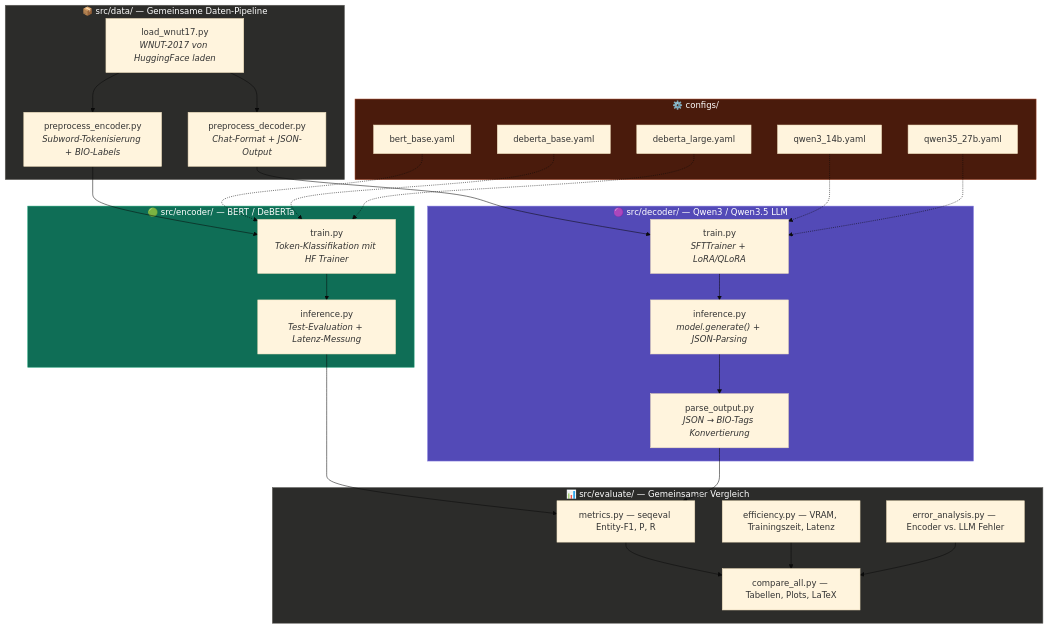
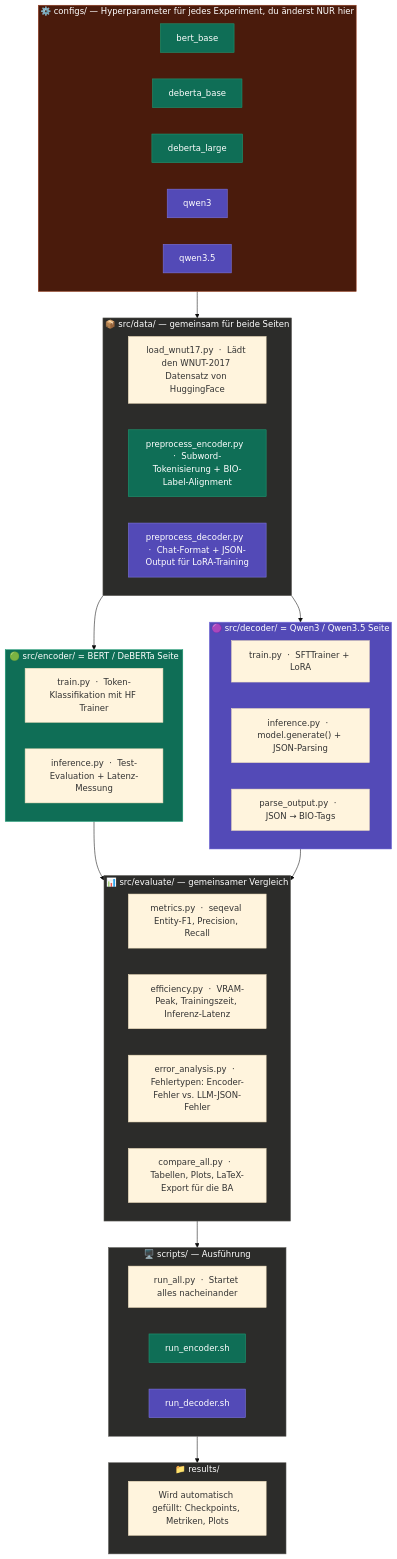
Before and after one commit to luajosman/bachelor-thesis-llm-vs-encoder-ner: the diagram in README.md, drawn with Mermaid (base theme).

Commit message:
readme changes - flow diagram

````diff
--- a/README.md
+++ b/README.md
@@ -11,59 +11,65 @@
 ```mermaid
 graph TD
-    subgraph configs["⚙️ configs/"]
-        C1["bert_base.yaml"]
-        C2["deberta_base.yaml"]
-        C3["deberta_large.yaml"]
-        C4["qwen3_14b.yaml"]
-        C5["qwen35_27b.yaml"]
+    subgraph configs["⚙️ configs/  —  Hyperparameter für jedes Experiment, du änderst NUR hier"]
+        direction LR
+        C1["bert_base"]:::enc
+        C2["deberta_base"]:::enc
+        C3["deberta_large"]:::enc
+        C4["qwen3"]:::dec
+        C5["qwen3.5"]:::dec
     end
 
-    subgraph data["📦 src/data/ — Gemeinsame Daten-Pipeline"]
-        D1["load_wnut17.py<br/><i>WNUT-2017 von HuggingFace laden</i>"]
-        D2["preprocess_encoder.py<br/><i>Subword-Tokenisierung + BIO-Labels</i>"]
-        D3["preprocess_decoder.py<br/><i>Chat-Format + JSON-Output</i>"]
+    subgraph data["📦 src/data/  —  gemeinsam für beide Seiten"]
+        D1["load_wnut17.py  ·  Lädt den WNUT-2017 Datensatz von HuggingFace"]
+        D2["preprocess_encoder.py  ·  Subword-Tokenisierung + BIO-Label-Alignment"]:::enc
+        D3["preprocess_decoder.py  ·  Chat-Format + JSON-Output für LoRA-Training"]:::dec
     end
 
-    subgraph encoder["🟢 src/encoder/ — BERT / DeBERTa"]
-        E1["train.py<br/><i>Token-Klassifikation mit HF Trainer</i>"]
-        E2["inference.py<br/><i>Test-Evaluation + Latenz-Messung</i>"]
+    subgraph encoder["🟢 src/encoder/  =  BERT / DeBERTa Seite"]
+        E1["train.py  ·  Token-Klassifikation mit HF Trainer"]
+        E2["inference.py  ·  Test-Evaluation + Latenz-Messung"]
     end
 
-    subgraph decoder["🟣 src/decoder/ — Qwen3 / Qwen3.5 LLM"]
-        L1["train.py<br/><i>SFTTrainer + LoRA/QLoRA</i>"]
-        L2["inference.py<br/><i>model.generate() + JSON-Parsing</i>"]
-        L3["parse_output.py<br/><i>JSON → BIO-Tags Konvertierung</i>"]
+    subgraph decoder["🟣 src/decoder/  =  Qwen3 / Qwen3.5 Seite"]
+        L1["train.py  ·  SFTTrainer + LoRA"]
+        L2["inference.py  ·  model.generate() + JSON-Parsing"]
+        L3["parse_output.py  ·  JSON → BIO-Tags"]
     end
 
-    subgraph evaluate["📊 src/evaluate/ — Gemeinsamer Vergleich"]
-        V1["metrics.py — seqeval Entity-F1, P, R"]
-        V2["efficiency.py — VRAM, Trainingszeit, Latenz"]
-        V3["error_analysis.py — Encoder vs. LLM Fehler"]
-        V4["compare_all.py — Tabellen, Plots, LaTeX"]
+    subgraph evaluate["📊 src/evaluate/  —  gemeinsamer Vergleich"]
+        V1["metrics.py  ·  seqeval Entity-F1, Precision, Recall"]
+        V2["efficiency.py  ·  VRAM-Peak, Trainingszeit, Inferenz-Latenz"]
+        V3["error_analysis.py  ·  Fehlertypen: Encoder-Fehler vs. LLM-JSON-Fehler"]
+        V4["compare_all.py  ·  Tabellen, Plots, LaTeX-Export für die BA"]
     end
 
-    D1 --> D2
-    D1 --> D3
-    D2 --> E1
-    E1 --> E2
-    D3 --> L1
-    L1 --> L2
-    L2 --> L3
-    E2 --> V1
-    L3 --> V1
-    V1 --> V4
-    V2 --> V4
-    V3 --> V4
+    subgraph scripts["🖥️ scripts/  —  Ausführung"]
+        direction LR
+        S1["run_all.py  ·  Startet alles nacheinander"]
+        S2["run_encoder.sh"]:::enc
+        S3["run_decoder.sh"]:::dec
+    end
 
-    C1 -.-> E1
-    C2 -.-> E1
-    C3 -.-> E1
-    C4 -.-> L1
-    C5 -.-> L1
+    subgraph results["📁 results/"]
+        R1["Wird automatisch gefüllt: Checkpoints, Metriken, Plots"]
+    end
 
+    configs --> data
+    data --> encoder
+    data --> decoder
+    encoder --> evaluate
+    decoder --> evaluate
+    evaluate --> scripts
+    scripts --> results
+
+    classDef enc fill:#0F6E56,stroke:#1D9E75,color:#fff
+    classDef dec fill:#534AB7,stroke:#7F77DD,color:#fff
+
+    style configs fill:#4A1B0C,stroke:#993C1D,color:#fff
+    style data fill:#2C2C2A,stroke:#5F5E5A,color:#fff
     style encoder fill:#0F6E56,stroke:#1D9E75,color:#fff
     style decoder fill:#534AB7,stroke:#7F77DD,color:#fff
-    style data fill:#2C2C2A,stroke:#5F5E5A,color:#fff
     style evaluate fill:#2C2C2A,stroke:#5F5E5A,color:#fff
-    style configs fill:#4A1B0C,stroke:#993C1D,color:#fff
+    style scripts fill:#2C2C2A,stroke:#5F5E5A,color:#fff
+    style results fill:#2C2C2A,stroke:#5F5E5A,color:#fff
 ```
````
